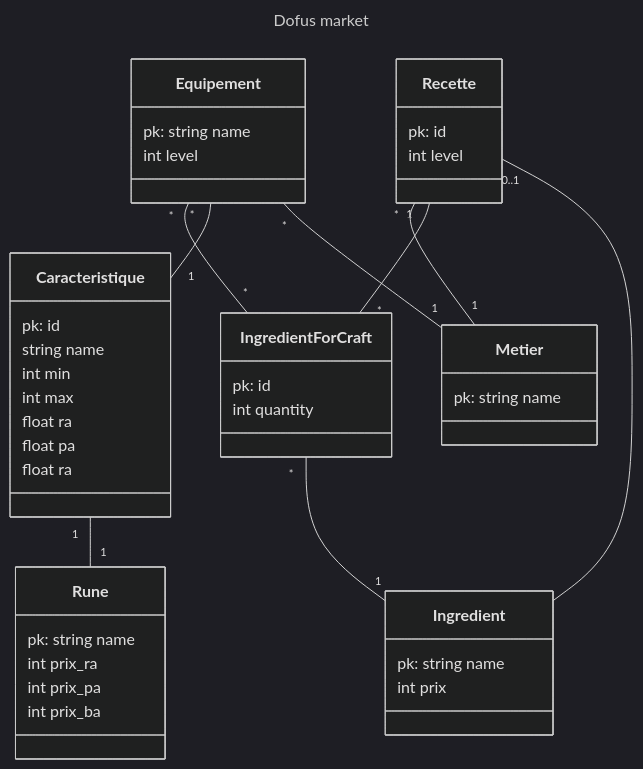
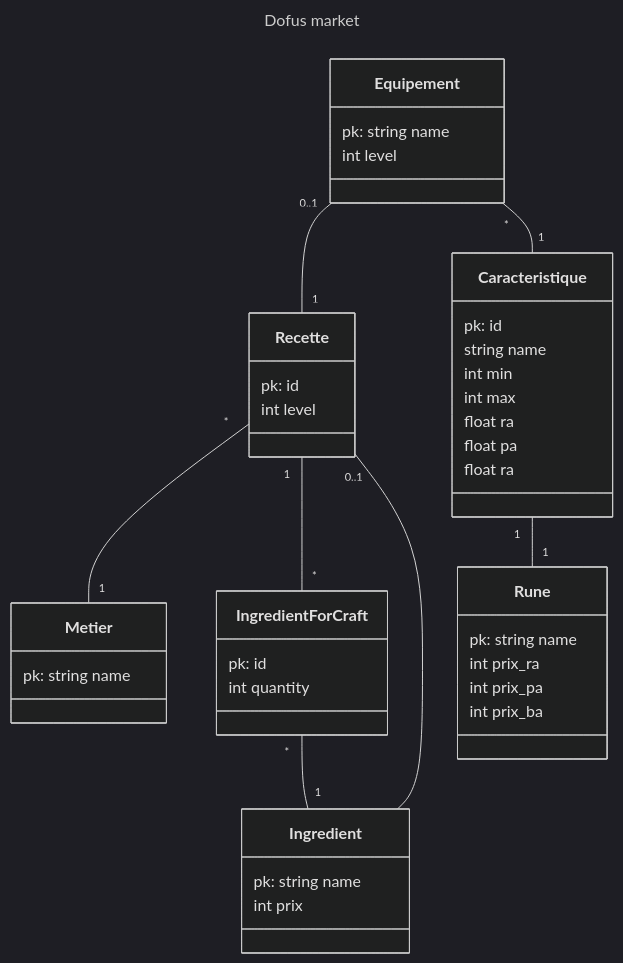
The diagram in docs/bd.md (chapellu/dofus-market), drawn with Mermaid (dark theme) before and after one commit. The commit also changed other lines of this file and 12 other files, not shown here.

````diff
--- a/docs/bd.md
+++ b/docs/bd.md
@@ -6,65 +6,62 @@
 ```mermaid
 ---
 title: Dofus market
 ---
 classDiagram
     class Equipement {
         pk: string name
         int level
     }
 
     class Metier {
         pk: string name
     }
 
     class Ingredient {
         pk: string name
         int prix
     }
 
     class IngredientForCraft {
         pk: id
         int quantity
     }
 
     class Caracteristique {
         pk: id
         string name
         int min
         int max
         float ra
         float pa
         float ra
     }
 
 
     class Rune {
         pk: string name
         int prix_ra
         int prix_pa
         int prix_ba
     }
 
     class Recette {
         pk: id
         int level
     }
 
-    Equipement "*" -- "*" IngredientForCraft
-
+    Equipement "0..1" -- "1" Recette
 
     IngredientForCraft "*" -- "1" Ingredient
 
     Caracteristique "1" -- "1" Rune
 
     Equipement "*" -- "1" Caracteristique
-
-    Equipement "*" -- "1" Metier
 
     Recette "*" -- "1" Metier
 
     Recette "1" -- "*" IngredientForCraft
 
     Recette "0..1" -- "" Ingredient
 
 ```
````
